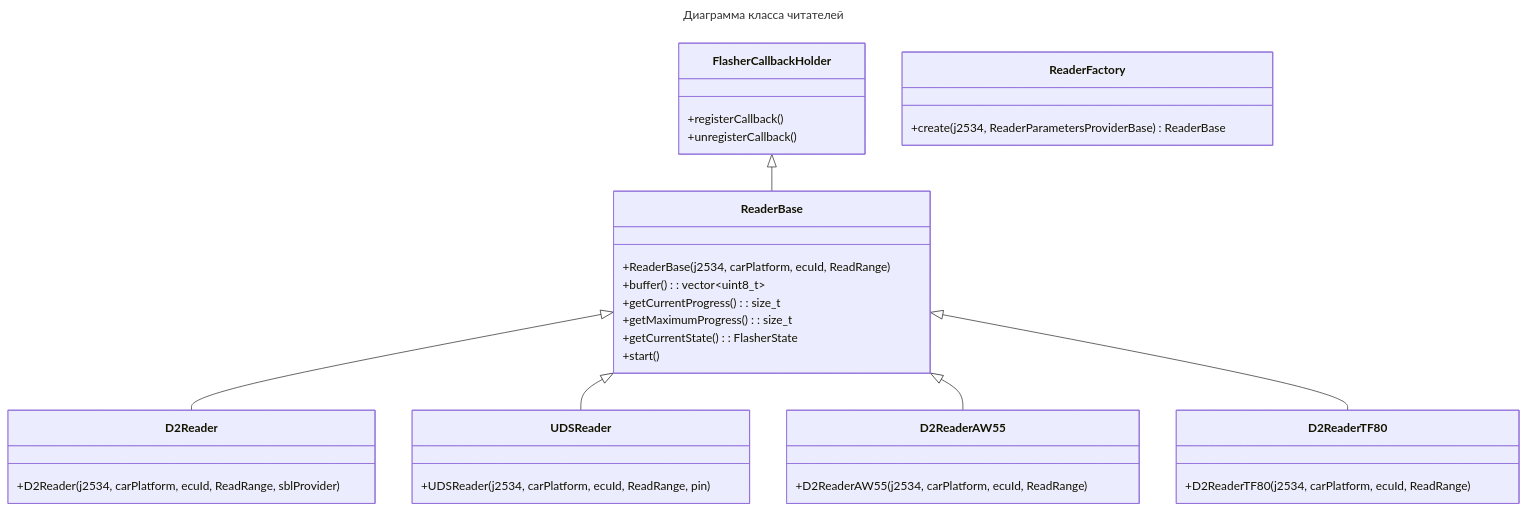
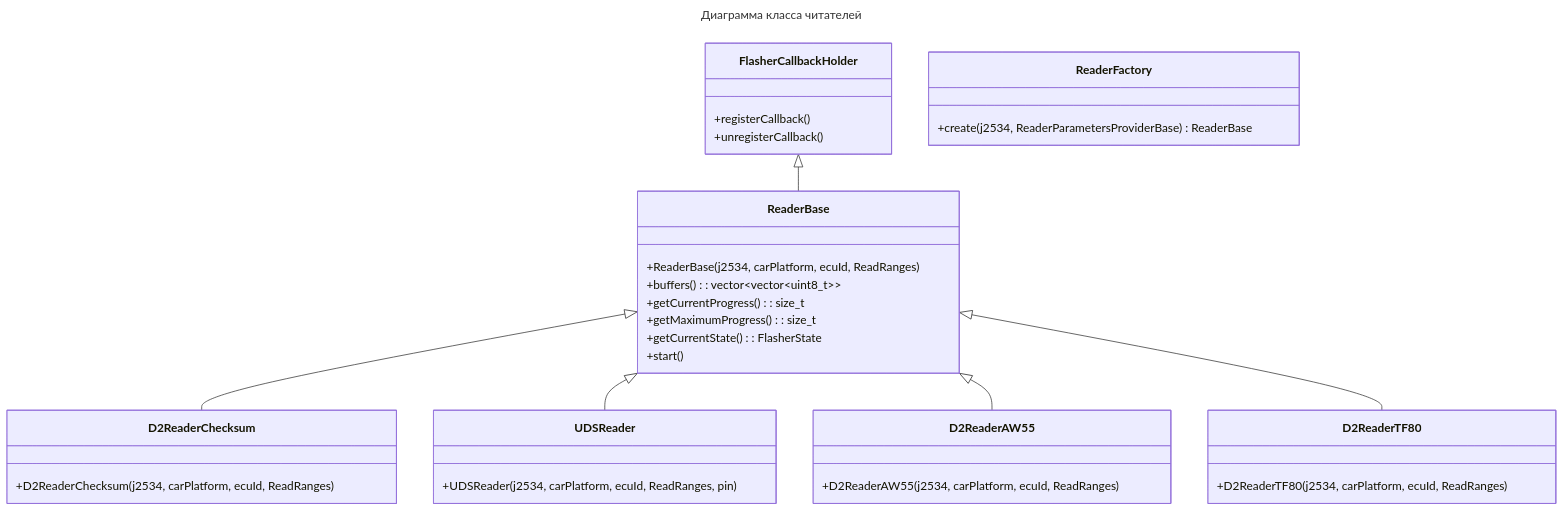
Before and after one commit to prometey1982/VolvoTools: the diagram in docs/tech_specs/ecu_reading.md, drawn with Mermaid. The commit also changed other lines of this file and 19 other files, not shown here.

````diff
--- a/docs/tech_specs/ecu_reading.md
+++ b/docs/tech_specs/ecu_reading.md
@@ -11,38 +11,38 @@
 ```mermaid
 ---
 title: Диаграмма класса читателей
 ---
 classDiagram
     FlasherCallbackHolder <|-- ReaderBase
-    ReaderBase <|-- D2Reader
+    ReaderBase <|-- D2ReaderChecksum
     ReaderBase <|-- UDSReader
     ReaderBase <|-- D2ReaderAW55
     ReaderBase <|-- D2ReaderTF80
     class FlasherCallbackHolder {
         +registerCallback()
         +unregisterCallback()
     }
     class ReaderBase {
-        +ReaderBase(j2534, carPlatform, ecuId, ReadRange)
-        +buffer(): vector~uint8_t~
+        +ReaderBase(j2534, carPlatform, ecuId, ReadRanges)
+        +buffers(): vector~vector~uint8_t~~
         +getCurrentProgress(): size_t
         +getMaximumProgress(): size_t
         +getCurrentState(): FlasherState
         +start()
     }
-    class D2Reader {
-        +D2Reader(j2534, carPlatform, ecuId, ReadRange, sblProvider)
+    class D2ReaderChecksum {
+        +D2ReaderChecksum(j2534, carPlatform, ecuId, ReadRanges)
     }
     class UDSReader {
-        +UDSReader(j2534, carPlatform, ecuId, ReadRange, pin)
+        +UDSReader(j2534, carPlatform, ecuId, ReadRanges, pin)
     }
     class D2ReaderAW55 {
-        +D2ReaderAW55(j2534, carPlatform, ecuId, ReadRange)
+        +D2ReaderAW55(j2534, carPlatform, ecuId, ReadRanges)
     }
     class D2ReaderTF80 {
-        +D2ReaderTF80(j2534, carPlatform, ecuId, ReadRange)
+        +D2ReaderTF80(j2534, carPlatform, ecuId, ReadRanges)
     }
     class ReaderFactory {
         +create(j2534, ReaderParametersProviderBase) ReaderBase
     }
 ```
````
